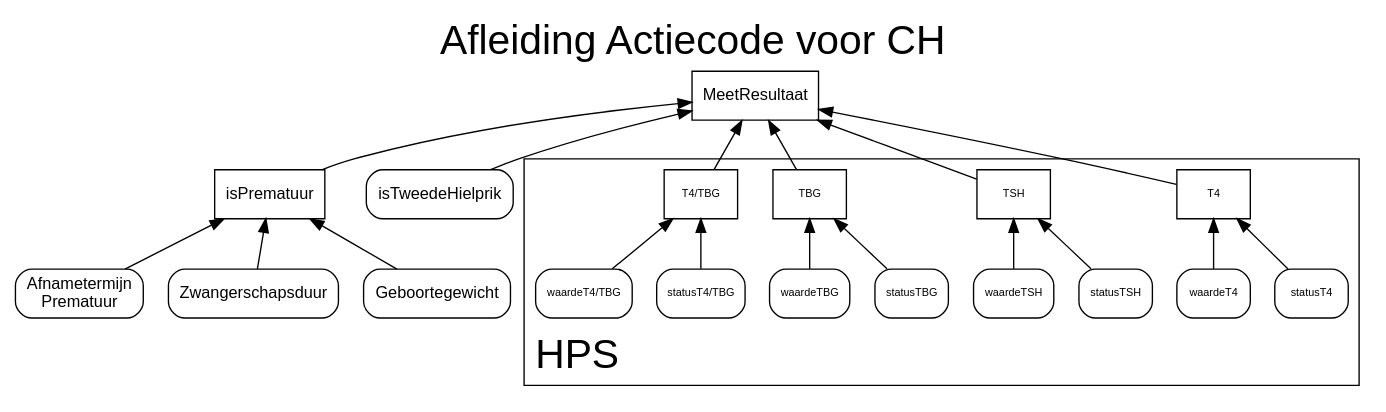
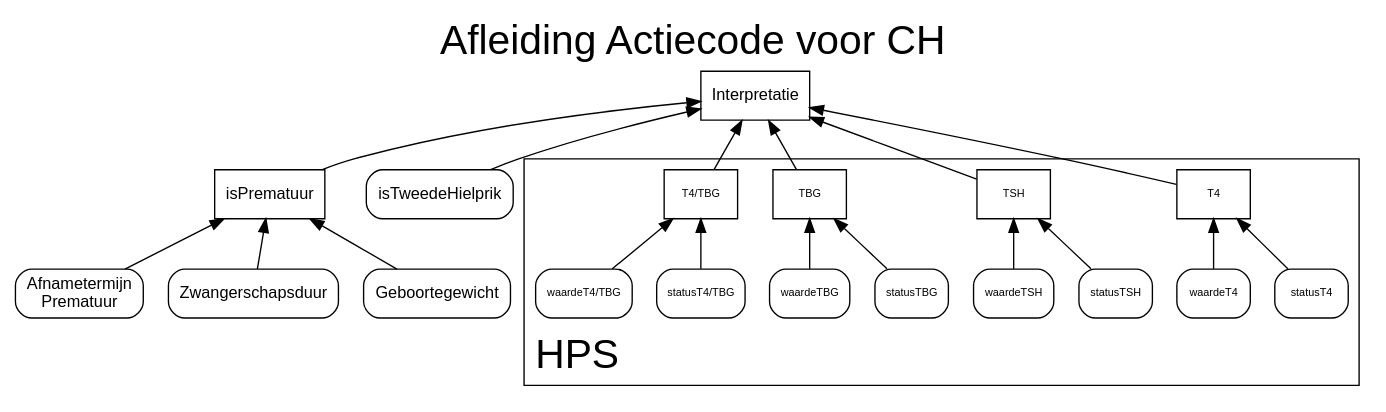
One commit to hanjoosten/KOGITO-8362 changed the diagram in src/main/resources/nhs-dmn/CH.gv. Above: the diagram before and after it, drawn with Graphviz. The commit also changed 1 other file, not shown here.

Commit message:
MeetResultaat -> Interpretatie

```diff
--- a/src/main/resources/nhs-dmn/CH.gv
+++ b/src/main/resources/nhs-dmn/CH.gv
@@ -1,79 +1,79 @@
 digraph mygraph {
   rankdir="BT"
   fontname="Helvetica,Arial,sans-serif"
   concentrate=true
 graph [charset="UTF-8"
        fontsize=30
        labelloc="t" 
        label="Afleiding Actiecode voor CH" 
        layout="dot"
        splines=true 
        overlap=false 
        rankdir = "BT"]
 
   node [fontname="Helvetica,Arial,sans-serif"
         shape=Mrecord
         fontsize=12]
   edge [fontname="Helvetica,Arial,sans-serif"]
   subgraph cluster_0 {
     label = "HPS";
     node [fontsize=8];
     labelloc="t"
     labeljust=l
 
   T4 [shape=box]
   statusT4 -> T4
   waardeT4 -> T4
 
   TSH [shape=box]
   statusTSH -> TSH
   waardeTSH -> TSH
 
   TBG [shape=box]
   statusTBG -> TBG
   waardeTBG -> TBG
 
   "T4/TBG" [shape=box]
   "statusT4/TBG" -> "T4/TBG"
   "waardeT4/TBG" -> "T4/TBG"
 
   }
 
   // Actiecode [shape=box]
   // isAfwijkend -> Actiecode
   // isDubieus -> Actiecode
   // isTevroegGeprikt -> Actiecode
   // BTNavraagNodig -> Actiecode
 
   isPrematuur [shape=box]
   "Afnametermijn\nPrematuur" -> isPrematuur
   Zwangerschapsduur -> isPrematuur
   Geboortegewicht -> isPrematuur
 
 
-  MeetResultaat [shape=box]
-  isPrematuur -> MeetResultaat
-  isTweedeHielprik -> MeetResultaat
-  T4 -> MeetResultaat
-  TSH -> MeetResultaat
-  TBG -> MeetResultaat
-  "T4/TBG" -> MeetResultaat
+  Interpretatie [shape=box]
+  isPrematuur -> Interpretatie
+  isTweedeHielprik -> Interpretatie
+  T4 -> Interpretatie
+  TSH -> Interpretatie
+  TBG -> Interpretatie
+  "T4/TBG" -> Interpretatie
   
   // BTNavraagNodig [shape=box]
   // ErWasEenBT -> BTNavraagNodig
   // VoldoendeTijdBT -> BTNavraagNodig
   // TypeBT -> BTNavraagNodig
 
   // VoldoendeTijdBT [shape=box]
   // "BTDatum(Tijd)" -> VoldoendeTijdBT
   // "AfnameDatum(Tijd)" -> VoldoendeTijdBT
 
   // isTevroegGeprikt [shape=box]
   // "GeboorteDatum(Tijd)" -> isTevroegGeprikt
   // "AfnameDatum(Tijd)" -> isTevroegGeprikt
 
 
 
 
 
  }
```
